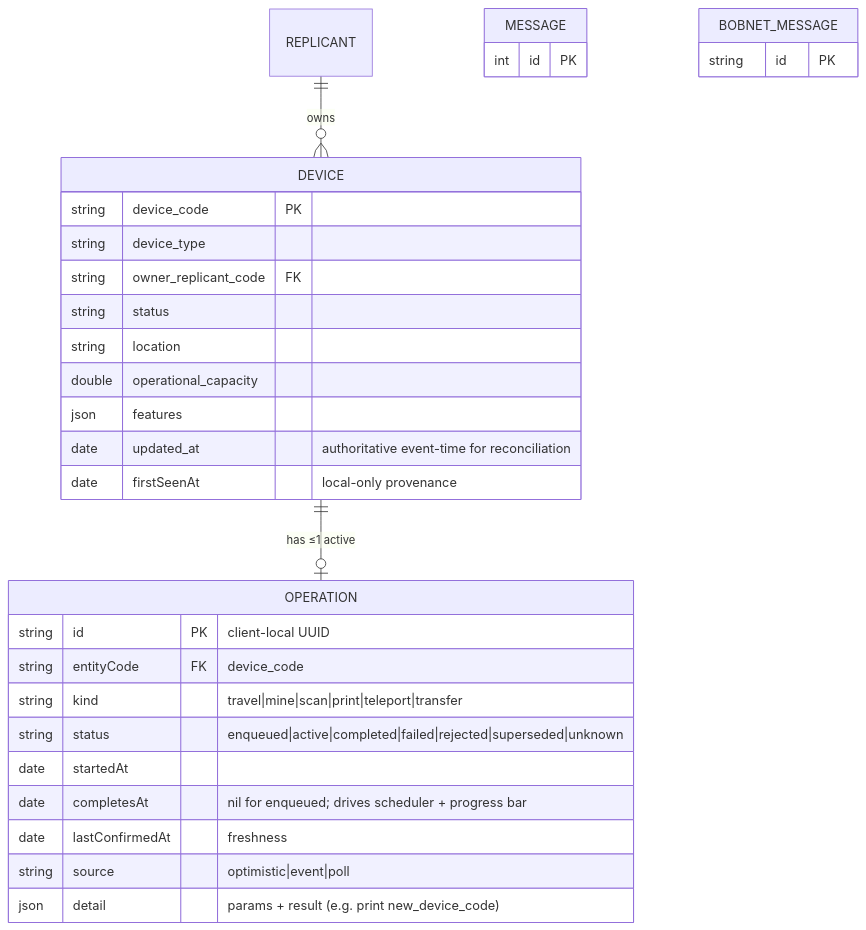
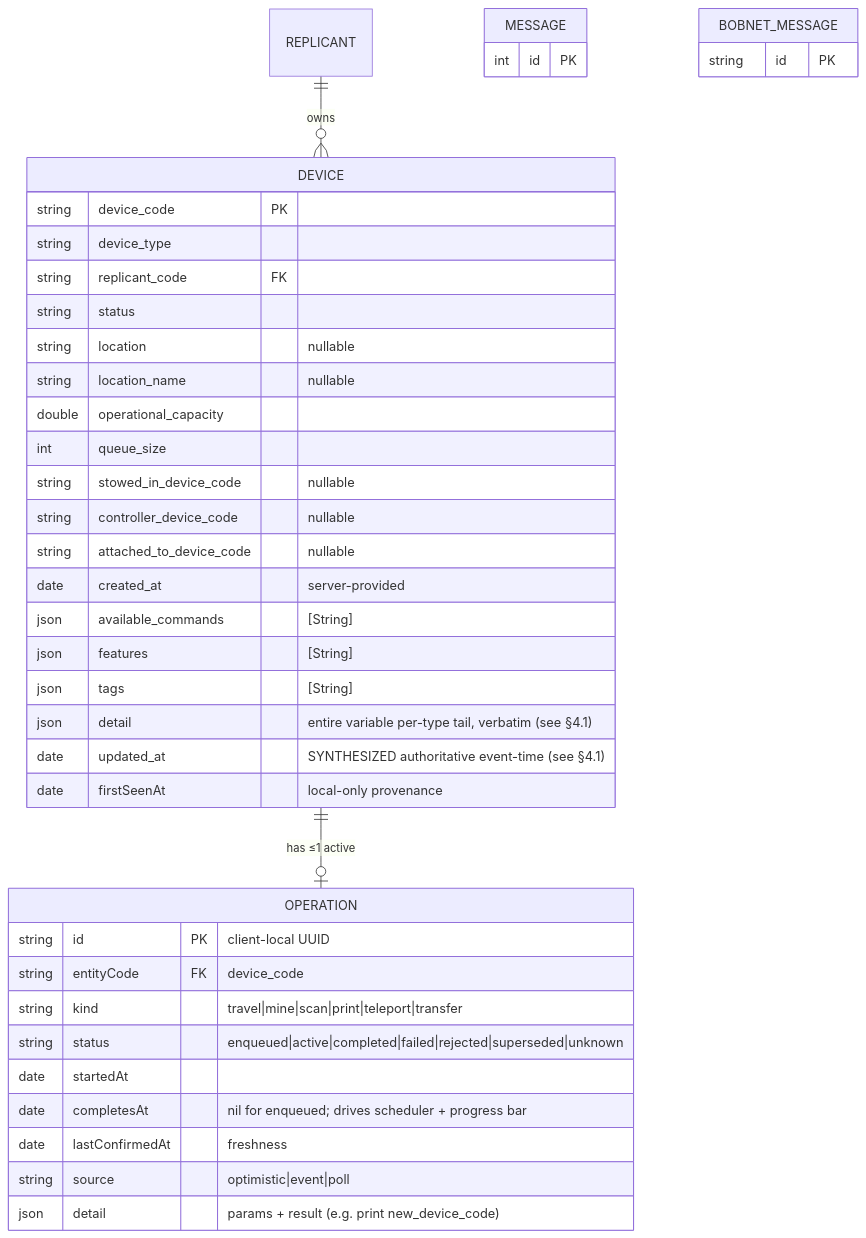
The third of 8 diagrams in app/IMPLEMENTATION_PLAN.md (pennig/replicant-macos), drawn with Mermaid before and after one commit. The commit also changed other lines of this file and 9 other files, not shown here.

````diff
--- a/app/IMPLEMENTATION_PLAN.md
+++ b/app/IMPLEMENTATION_PLAN.md
@@ -131,29 +131,38 @@
 ```mermaid
 erDiagram
     REPLICANT ||--o{ DEVICE : owns
     DEVICE ||--o| OPERATION : "has ≤1 active"
     DEVICE {
         string device_code PK
         string device_type
-        string owner_replicant_code FK
+        string replicant_code FK
         string status
-        string location
+        string location "nullable"
+        string location_name "nullable"
         double operational_capacity
-        json features
-        date   updated_at "authoritative event-time for reconciliation"
+        int    queue_size
+        string stowed_in_device_code "nullable"
+        string controller_device_code "nullable"
+        string attached_to_device_code "nullable"
+        date   created_at "server-provided"
+        json   available_commands "[String]"
+        json   features "[String]"
+        json   tags "[String]"
+        json   detail "entire variable per-type tail, verbatim (see §4.1)"
+        date   updated_at "SYNTHESIZED authoritative event-time (see §4.1)"
         date   firstSeenAt "local-only provenance"
     }
     OPERATION {
         string id PK "client-local UUID"
         string entityCode FK "device_code"
         string kind "travel|mine|scan|print|teleport|transfer"
         string status "enqueued|active|completed|failed|rejected|superseded|unknown"
         date   startedAt
         date   completesAt "nil for enqueued; drives scheduler + progress bar"
         date   lastConfirmedAt "freshness"
         string source "optimistic|event|poll"
         json   detail "params + result (e.g. print new_device_code)"
     }
     MESSAGE { int id PK }
     BOBNET_MESSAGE { string id PK }
 ```
````
